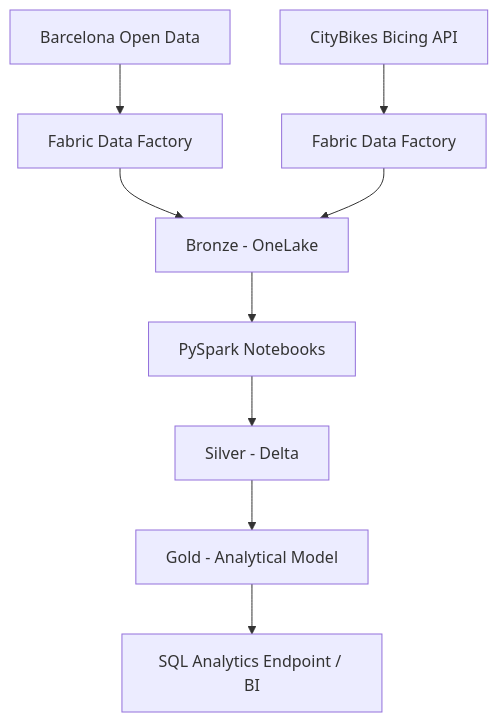
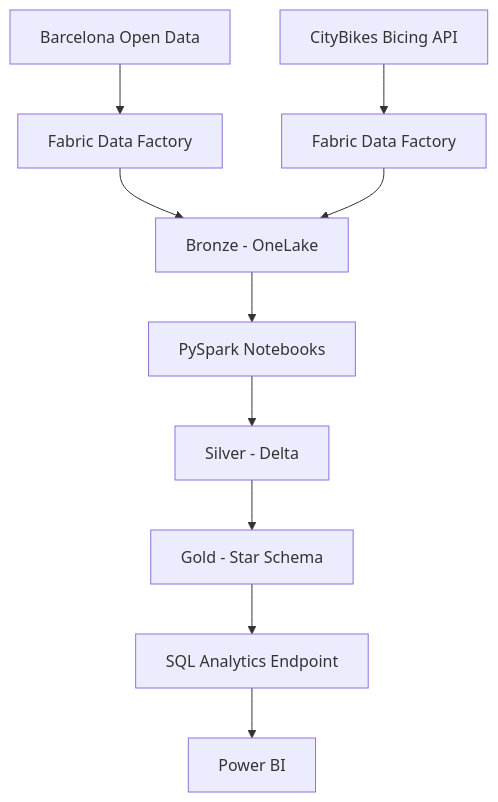
One commit to leninfonseca/barcelona-urban-mobility-data-platform changed the first of 2 diagrams in architecture/README.md. Above: the diagram before and after it, drawn with Mermaid. The commit also changed other lines of this file and 8 other files, not shown here.

Commit message:
docs: document Gold analytical layer

````diff
--- a/architecture/README.md
+++ b/architecture/README.md
@@ -5,11 +5,12 @@
 ```mermaid
 flowchart TD
     A1[Barcelona Open Data] --> B1[Fabric Data Factory]
     A2[CityBikes Bicing API] --> B2[Fabric Data Factory]
     B1 --> C[Bronze - OneLake]
     B2 --> C
     C --> D[PySpark Notebooks]
     D --> E[Silver - Delta]
-    E --> F[Gold - Analytical Model]
-    F --> G[SQL Analytics Endpoint / BI]
+    E --> F[Gold - Star Schema]
+    F --> G[SQL Analytics Endpoint]
+    G --> H[Power BI]
 ```
````
